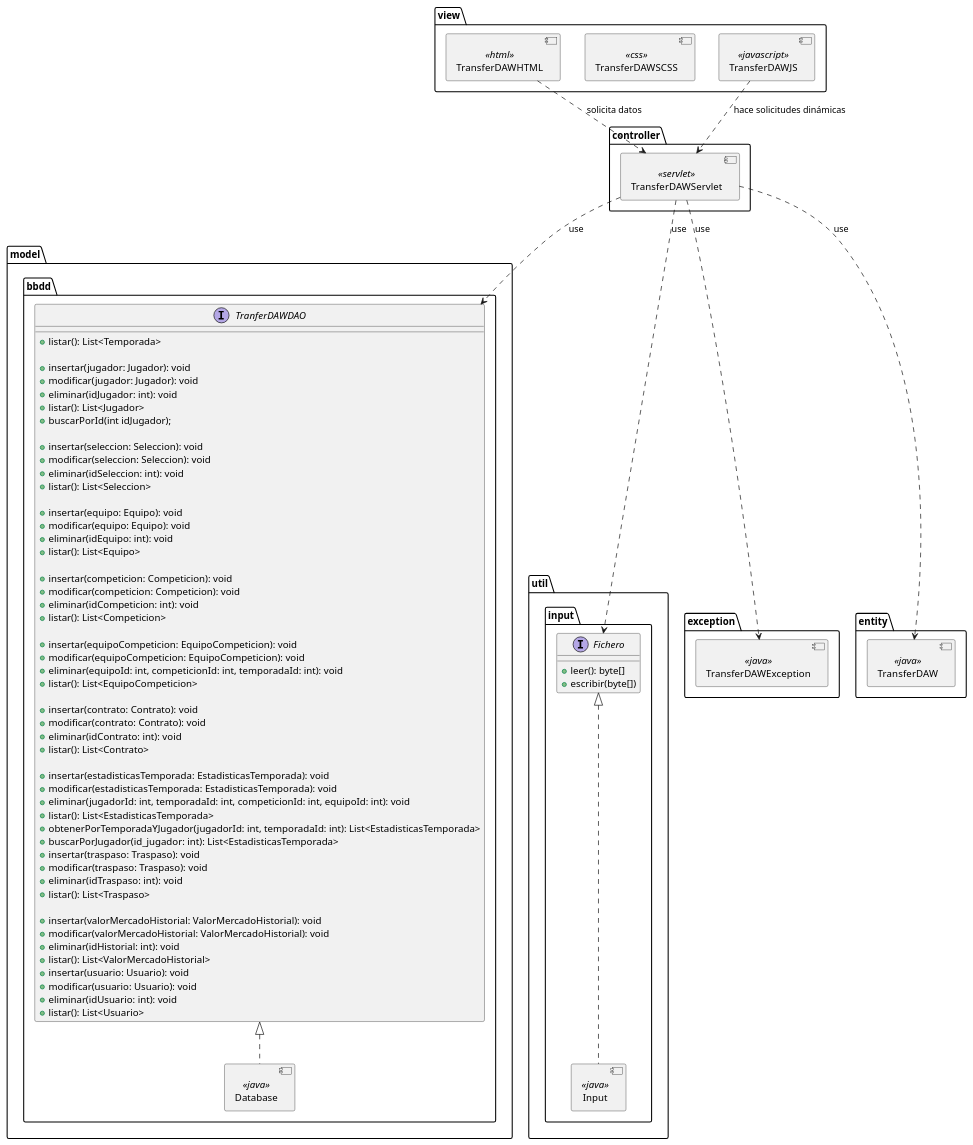
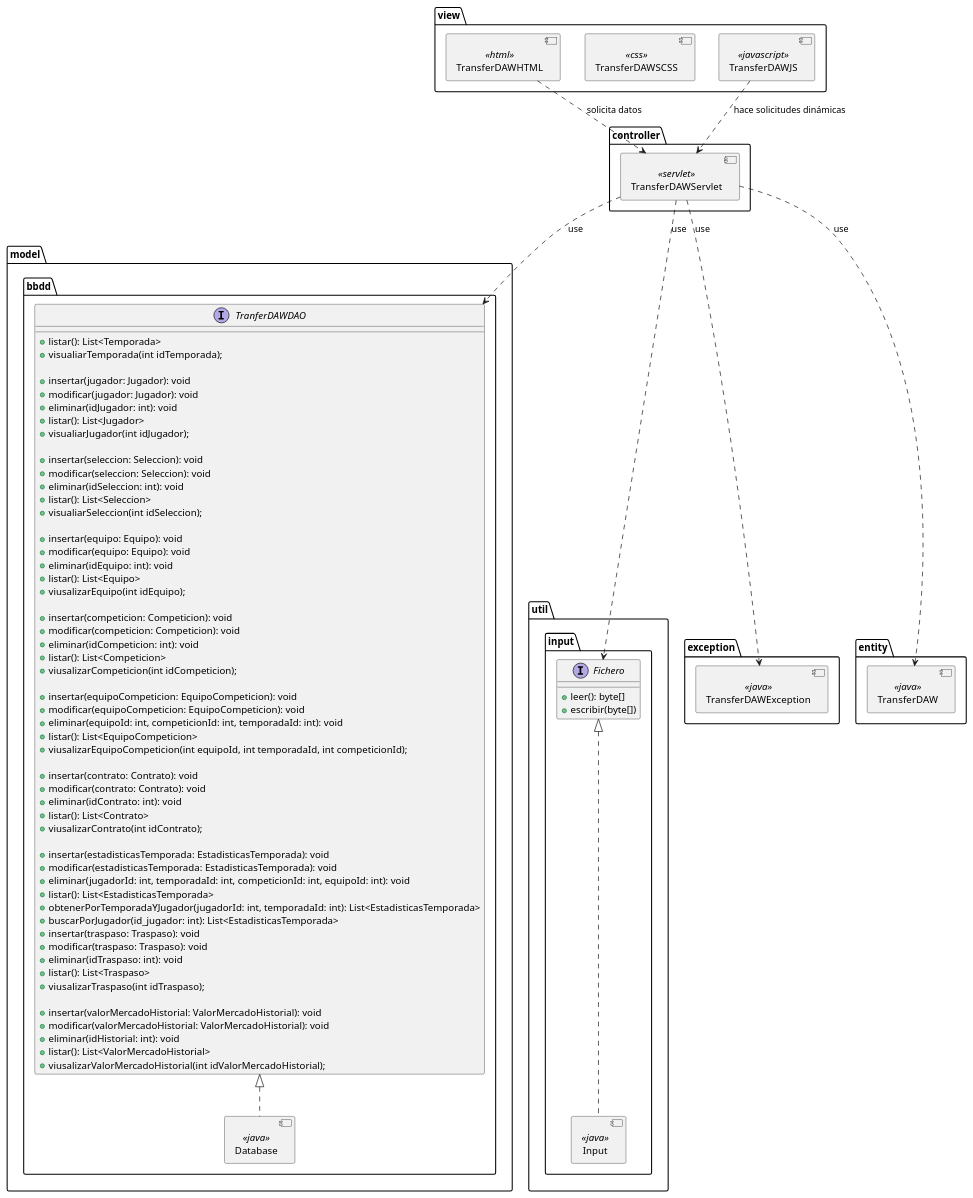
The diagram in trasnferdaw/design/diagramas/diagrama_de_componentes/diagrama_de_componentes.pu (IR-Play88/TransferDAW), drawn with PlantUML before and after one commit. The commit also changed 8 other files, not shown here.

Commit message:
He modificado el diagrama de componentes y clases de la bbdd y actualizado algunos metodos

```diff
--- a/trasnferdaw/design/diagramas/diagrama_de_componentes/diagrama_de_componentes.pu
+++ b/trasnferdaw/design/diagramas/diagrama_de_componentes/diagrama_de_componentes.pu
@@ -1,119 +1,121 @@
 @startuml Diagrama de componente
 allow_mixing
 top to bottom direction
 package "view" {
     component TransferDAWHTML <<html>>
     component TransferDAWSCSS <<css>>
     component TransferDAWJS <<javascript>>
 }
 
 package "controller" {
     component TransferDAWServlet <<servlet>>
 }
 
 TransferDAWHTML ..> TransferDAWServlet : solicita datos
 TransferDAWJS ..> TransferDAWServlet : hace solicitudes dinámicas
 
 package "model"{
 
     package bbdd{
         component Database <<java>>
 
         interface TranferDAWDAO {
             +listar(): List<Temporada>
+            +visualiarTemporada(int idTemporada);
 
             +insertar(jugador: Jugador): void
             +modificar(jugador: Jugador): void
             +eliminar(idJugador: int): void
             +listar(): List<Jugador>
-            +buscarPorId(int idJugador);
+            +visualiarJugador(int idJugador);
 
             +insertar(seleccion: Seleccion): void
             +modificar(seleccion: Seleccion): void
             +eliminar(idSeleccion: int): void
             +listar(): List<Seleccion>
+            +visualiarSeleccion(int idSeleccion);
 
             +insertar(equipo: Equipo): void
             +modificar(equipo: Equipo): void
             +eliminar(idEquipo: int): void
             +listar(): List<Equipo>
+            +viusalizarEquipo(int idEquipo);
 
             +insertar(competicion: Competicion): void
             +modificar(competicion: Competicion): void
             +eliminar(idCompeticion: int): void
             +listar(): List<Competicion>
+            +viusalizarCompeticion(int idCompeticion);
 
             +insertar(equipoCompeticion: EquipoCompeticion): void
             +modificar(equipoCompeticion: EquipoCompeticion): void
             +eliminar(equipoId: int, competicionId: int, temporadaId: int): void
             +listar(): List<EquipoCompeticion>
+            +viusalizarEquipoCompeticion(int equipoId, int temporadaId, int competicionId);
 
             +insertar(contrato: Contrato): void
             +modificar(contrato: Contrato): void
             +eliminar(idContrato: int): void
             +listar(): List<Contrato>
+            +viusalizarContrato(int idContrato);
 
             +insertar(estadisticasTemporada: EstadisticasTemporada): void
             +modificar(estadisticasTemporada: EstadisticasTemporada): void
             +eliminar(jugadorId: int, temporadaId: int, competicionId: int, equipoId: int): void
             +listar(): List<EstadisticasTemporada>
             +obtenerPorTemporadaYJugador(jugadorId: int, temporadaId: int): List<EstadisticasTemporada>
             +buscarPorJugador(id_jugador: int): List<EstadisticasTemporada>
 
 
             +insertar(traspaso: Traspaso): void
             +modificar(traspaso: Traspaso): void
             +eliminar(idTraspaso: int): void
             +listar(): List<Traspaso>
+            +viusalizarTraspaso(int idTraspaso);
 
             +insertar(valorMercadoHistorial: ValorMercadoHistorial): void
             +modificar(valorMercadoHistorial: ValorMercadoHistorial): void
             +eliminar(idHistorial: int): void
             +listar(): List<ValorMercadoHistorial>
-
-
-            +insertar(usuario: Usuario): void
-            +modificar(usuario: Usuario): void
-            +eliminar(idUsuario: int): void
-            +listar(): List<Usuario>
+            +viusalizarValorMercadoHistorial(int idValorMercadoHistorial);
         }
 
 
     }
 
     TranferDAWDAO <|.. Database
 
 }
 
 package util{
 
     package input{
         component Input <<java>>
         interface Fichero {
             + leer(): byte[]
             + escribir(byte[])
         }
     }
 
     Fichero <|.. Input
 
 }
 
 
 
 package exception{
     component TransferDAWException <<java>>
 }
 
 package entity{
 
     component TransferDAW <<java>>
 }
 
 TransferDAWServlet ..> TransferDAW : use
 TransferDAWServlet ..> Fichero : use
 TransferDAWServlet ..> TranferDAWDAO : use
 
 
 TransferDAWServlet ..> TransferDAWException : use
 @enduml
```
